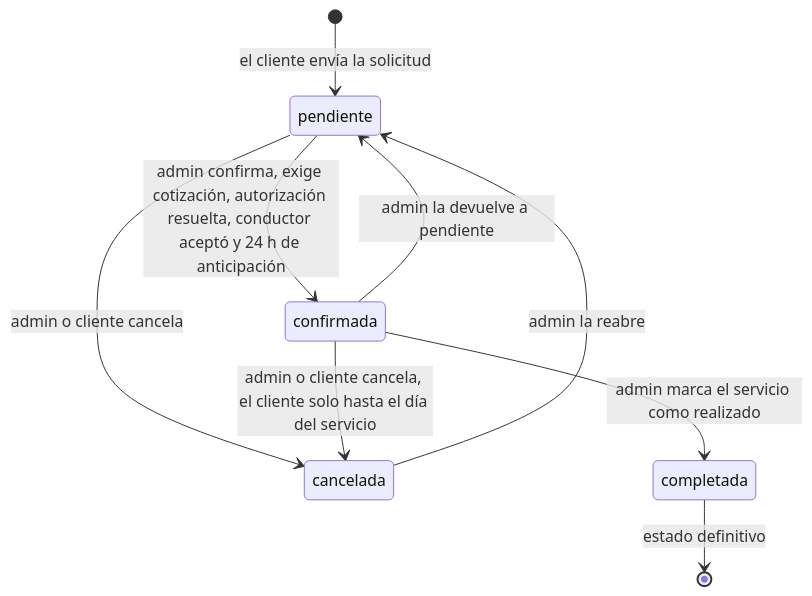
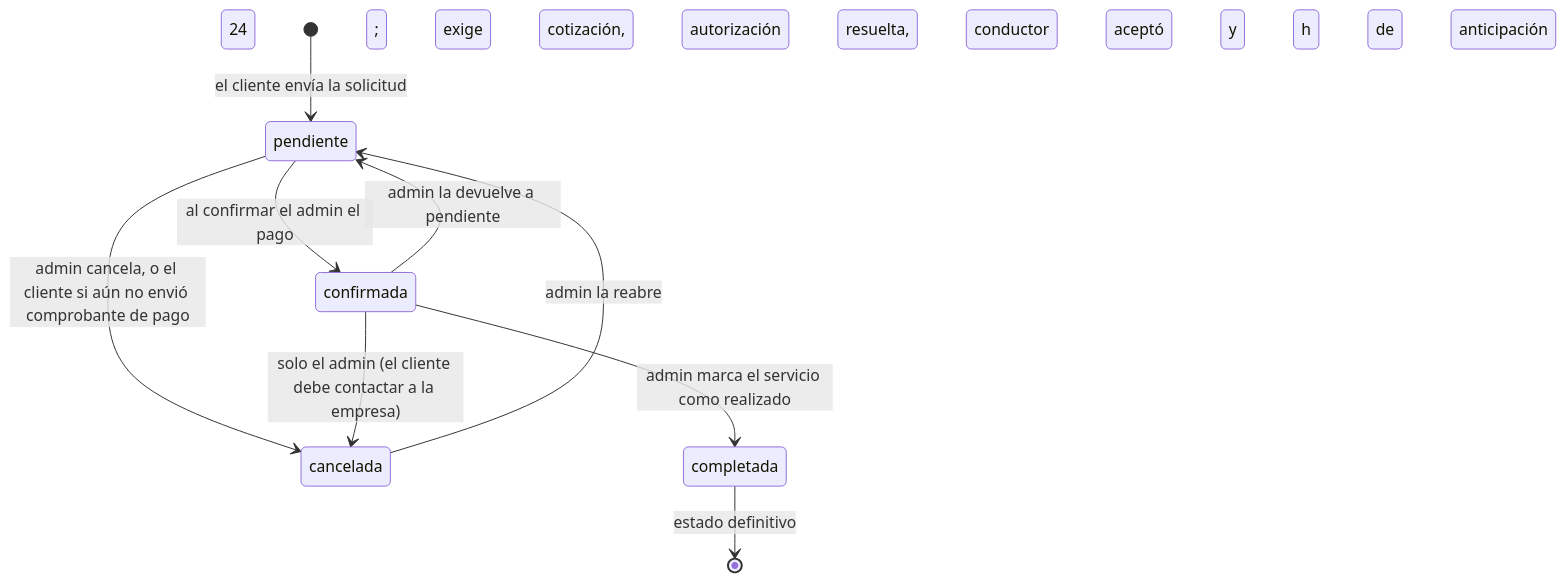
The second of 6 diagrams in DIAGRAMA-FLUJO.md (RafaG86/ProyectoDSB), drawn with Mermaid before and after one commit. The commit also changed other lines of this file and 23 other files, not shown here.

````diff
--- a/DIAGRAMA-FLUJO.md
+++ b/DIAGRAMA-FLUJO.md
@@ -60,15 +62,15 @@
 ```mermaid
 stateDiagram-v2
     [*] --> pendiente: el cliente envía la solicitud
 
-    pendiente --> confirmada: admin confirma, exige cotización, autorización resuelta, conductor aceptó y 24 h de anticipación
-    pendiente --> cancelada: admin o cliente cancela
+    pendiente --> confirmada: al confirmar el admin el pago; exige cotización, autorización resuelta, conductor aceptó y 24 h de anticipación
+    pendiente --> cancelada: admin cancela, o el cliente si aún no envió comprobante de pago
 
     confirmada --> completada: admin marca el servicio como realizado
-    confirmada --> cancelada: admin o cliente cancela, el cliente solo hasta el día del servicio
+    confirmada --> cancelada: solo el admin (el cliente debe contactar a la empresa)
     confirmada --> pendiente: admin la devuelve a pendiente
 
     cancelada --> pendiente: admin la reabre
 
     completada --> [*]: estado definitivo
 ```
````
